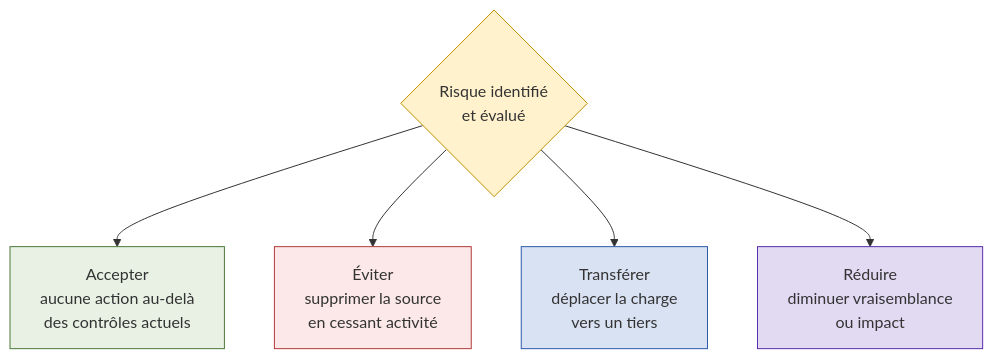
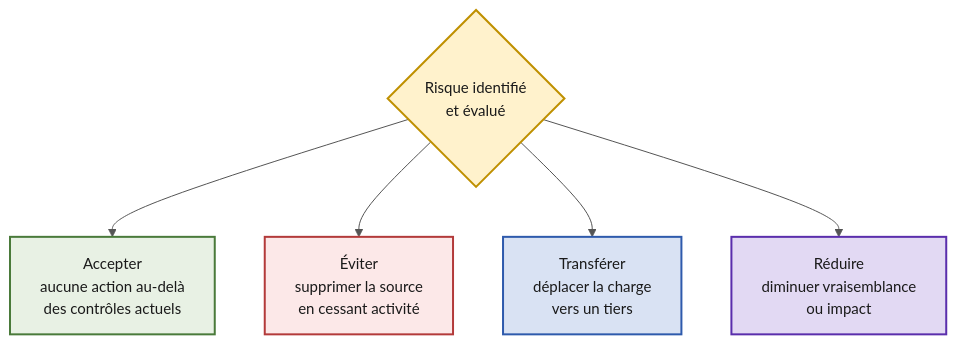
Before and after one commit to cchopin/Jedha-cybersec-fullstack: the fourth of 10 diagrams in 12_governance_risk_compliance/grc.md, drawn with Mermaid. The commit also changed other lines of this file, not shown here.

````diff
--- a/12_governance_risk_compliance/grc.md
+++ b/12_governance_risk_compliance/grc.md
@@ -119,12 +122,13 @@
 ```mermaid
+%%{init: {'theme':'base', 'themeVariables': {'primaryColor':'#D9E2F3','primaryTextColor':'#1A1A1A','primaryBorderColor':'#2E5AAC','lineColor':'#555555','fontSize':'15px','textColor':'#1A1A1A','mainBkg':'#D9E2F3'}}}%%
 flowchart TD
     R{Risque identifié<br/>et évalué} --> A[Accepter<br/>aucune action au-delà<br/>des contrôles actuels]
     R --> AV[Éviter<br/>supprimer la source<br/>en cessant activité]
     R --> T[Transférer<br/>déplacer la charge<br/>vers un tiers]
     R --> M[Réduire<br/>diminuer vraisemblance<br/>ou impact]
-    style R fill:#FFF2CC,stroke:#BF9000
-    style A fill:#E8F1E4,stroke:#4A7A3A
-    style AV fill:#FCE8E8,stroke:#B33A3A
-    style T fill:#D9E2F3,stroke:#2E5AAC
-    style M fill:#E2D9F3,stroke:#5A2EAC
+    style R fill:#FFF2CC,stroke:#BF9000,color:#1A1A1A,stroke-width:2px
+    style A fill:#E8F1E4,stroke:#4A7A3A,color:#1A1A1A,stroke-width:2px
+    style AV fill:#FCE8E8,stroke:#B33A3A,color:#1A1A1A,stroke-width:2px
+    style T fill:#D9E2F3,stroke:#2E5AAC,color:#1A1A1A,stroke-width:2px
+    style M fill:#E2D9F3,stroke:#5A2EAC,color:#1A1A1A,stroke-width:2px
 ```
````
